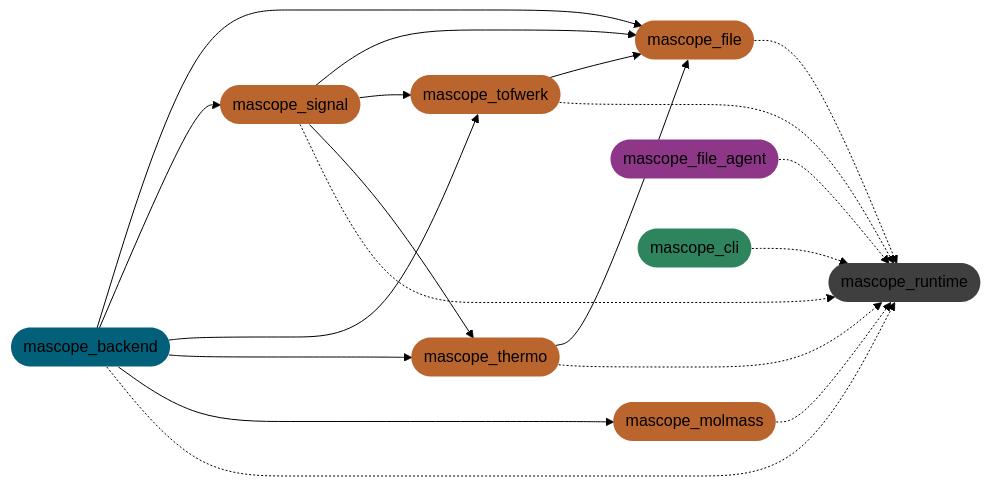
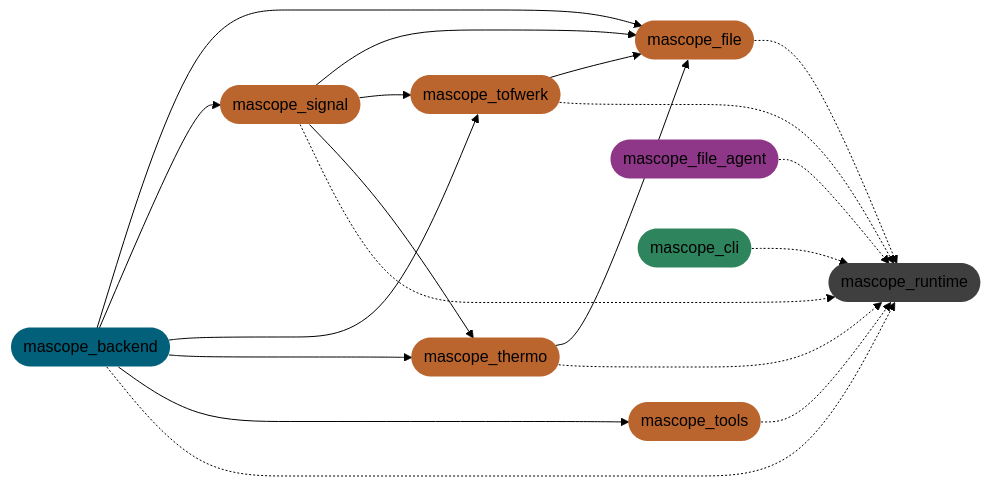
The third of 3 diagrams in docs/dev/developer_guide.md (karsa-oy/mascope), drawn with Mermaid (forest theme) before and after one commit. The commit also changed other lines of this file and 218 other files, not shown here.

````diff
--- a/docs/dev/developer_guide.md
+++ b/docs/dev/developer_guide.md
@@ -2395,52 +2474,52 @@
 ```mermaid
 flowchart LR
     backend([mascope_backend])
-    molmass([mascope_molmass])
+    tools([mascope_tools])
     signal([mascope_signal])
     file([mascope_file])
     tofwerk([mascope_tofwerk])
     thermo([mascope_thermo])
     runtime([mascope_runtime])
     file_agent([mascope_file_agent])
     cli([mascope_cli])
 
     classDef library fill:#ba642e,stroke-width: 0;
-    class molmass,signal,file,tofwerk,thermo library;
+    class tools,signal,file,tofwerk,thermo library;
 
     classDef service fill:#02607a,stroke-width: 0;
     class backend service;
 
     classDef agent fill:#8e3688,stroke-width: 0;
     class file_agent agent;
 
     classDef cli fill:#2e845c,stroke-width: 0;
     class cli cli;
 
     classDef runtime fill:#3f3f3f,stroke-width: 0;
     class runtime runtime;
 
     %% services
     backend --> file
     backend --> signal
     backend --> tofwerk
     backend --> thermo
-    backend --> molmass
+    backend --> tools
 
     %% libraries
     thermo --> file
     tofwerk --> file
     signal --> file
     signal --> tofwerk
     signal --> thermo
 
     %% runtime
     backend -.-> runtime
     thermo -.-> runtime
     tofwerk -.-> runtime
-    molmass -.-> runtime
+    tools -.-> runtime
     file -.-> runtime
     signal -.-> runtime
     file_agent -.-> runtime
     cli -.-> runtime
 
 ```
````
